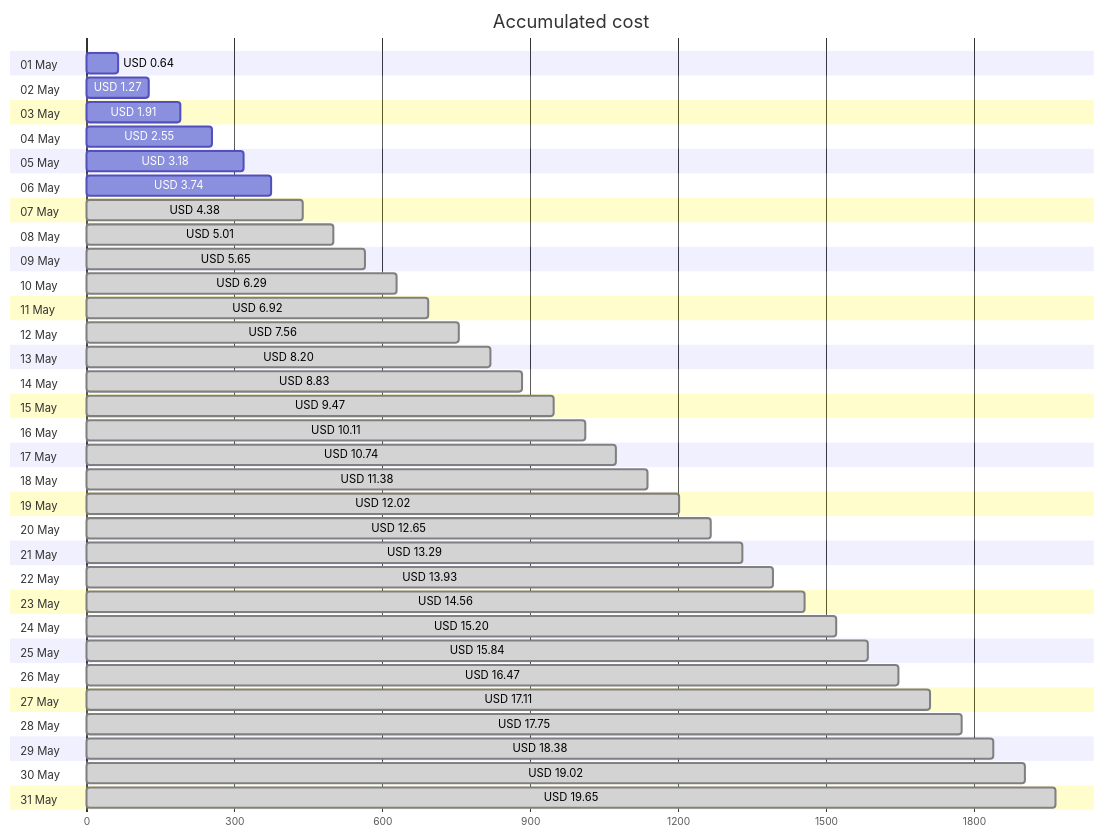
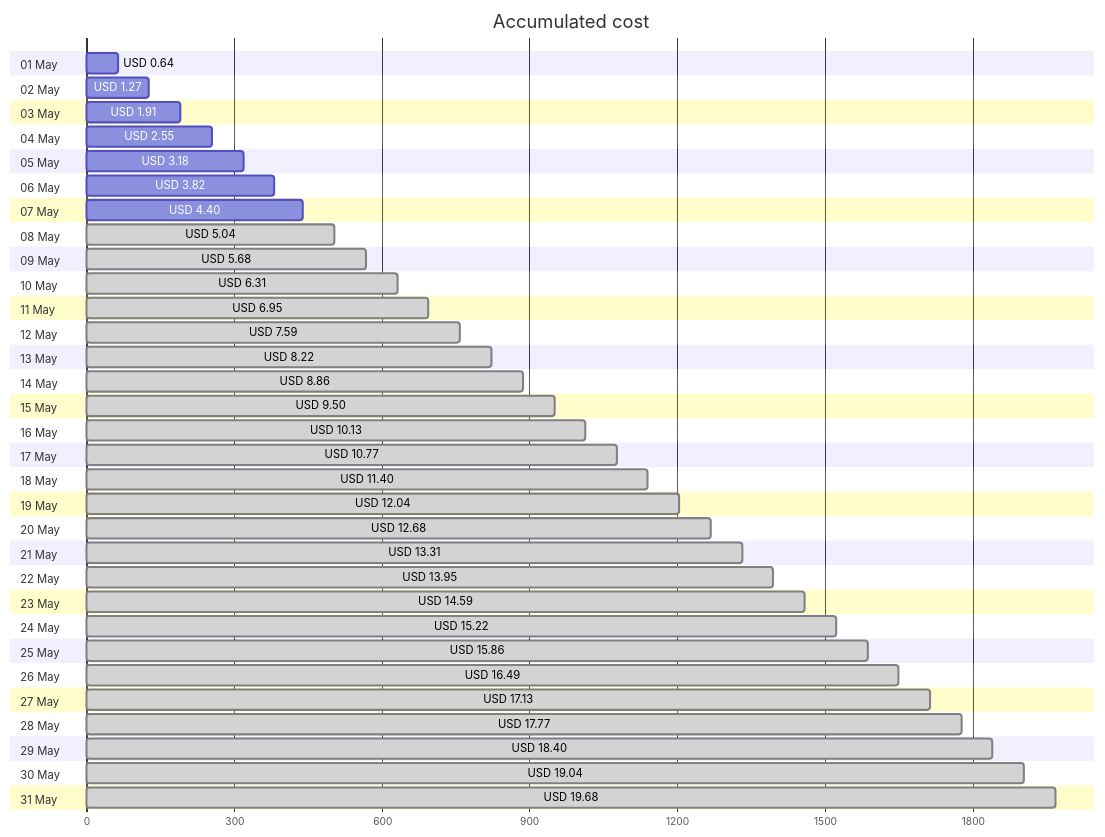
One commit to jpfulton/azure-personal-reports changed the first of 4 diagrams in cost-reports/accumulated-cost.md. Above: the diagram before and after it, drawn with Mermaid. The commit also changed other lines of this file and 4 other files, not shown here.

````diff
--- a/cost-reports/accumulated-cost.md
+++ b/cost-reports/accumulated-cost.md
@@ -20,68 +20,68 @@
 ```mermaid
 gantt
    title Accumulated cost
    dateFormat  X
    axisFormat %s
    section 01 May
    USD 0.64 :0, 64
    section 02 May
    USD 1.27 :0, 127
    section 03 May
    USD 1.91 :0, 191
    section 04 May
    USD 2.55 :0, 255
    section 05 May
    USD 3.18 :0, 318
    section 06 May
-   USD 3.74 :0, 374
+   USD 3.82 :0, 382
    section 07 May
-   USD 4.38 : done, 0, 438
+   USD 4.40 :0, 440
    section 08 May
-   USD 5.01 : done, 0, 501
+   USD 5.04 : done, 0, 504
    section 09 May
-   USD 5.65 : done, 0, 565
+   USD 5.68 : done, 0, 568
    section 10 May
-   USD 6.29 : done, 0, 629
+   USD 6.31 : done, 0, 631
    section 11 May
-   USD 6.92 : done, 0, 692
+   USD 6.95 : done, 0, 695
    section 12 May
-   USD 7.56 : done, 0, 756
+   USD 7.59 : done, 0, 759
    section 13 May
-   USD 8.20 : done, 0, 820
+   USD 8.22 : done, 0, 822
    section 14 May
-   USD 8.83 : done, 0, 883
+   USD 8.86 : done, 0, 886
    section 15 May
-   USD 9.47 : done, 0, 947
+   USD 9.50 : done, 0, 950
    section 16 May
-   USD 10.11 : done, 0, 1011
+   USD 10.13 : done, 0, 1013
    section 17 May
-   USD 10.74 : done, 0, 1074
+   USD 10.77 : done, 0, 1077
    section 18 May
-   USD 11.38 : done, 0, 1138
+   USD 11.40 : done, 0, 1140
    section 19 May
-   USD 12.02 : done, 0, 1202
+   USD 12.04 : done, 0, 1204
    section 20 May
-   USD 12.65 : done, 0, 1265
+   USD 12.68 : done, 0, 1268
    section 21 May
-   USD 13.29 : done, 0, 1329
+   USD 13.31 : done, 0, 1331
    section 22 May
-   USD 13.93 : done, 0, 1393
+   USD 13.95 : done, 0, 1395
    section 23 May
-   USD 14.56 : done, 0, 1456
+   USD 14.59 : done, 0, 1459
    section 24 May
-   USD 15.20 : done, 0, 1520
+   USD 15.22 : done, 0, 1522
    section 25 May
-   USD 15.84 : done, 0, 1584
+   USD 15.86 : done, 0, 1586
    section 26 May
-   USD 16.47 : done, 0, 1647
+   USD 16.49 : done, 0, 1649
    section 27 May
-   USD 17.11 : done, 0, 1711
+   USD 17.13 : done, 0, 1713
    section 28 May
-   USD 17.75 : done, 0, 1775
+   USD 17.77 : done, 0, 1777
    section 29 May
-   USD 18.38 : done, 0, 1838
+   USD 18.40 : done, 0, 1840
    section 30 May
-   USD 19.02 : done, 0, 1902
+   USD 19.04 : done, 0, 1904
    section 31 May
-   USD 19.65 : done, 0, 1965
+   USD 19.68 : done, 0, 1968
 ```
````
